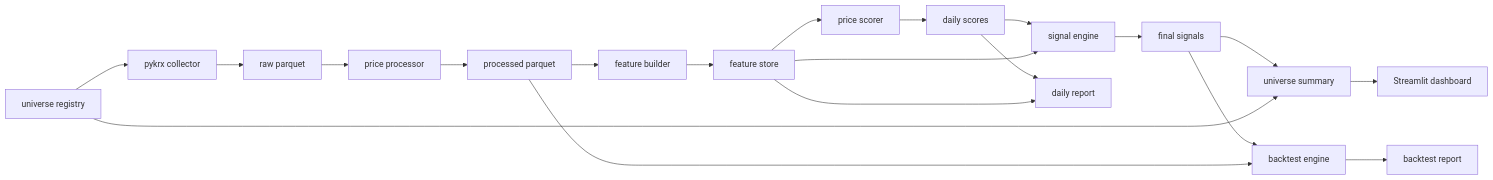
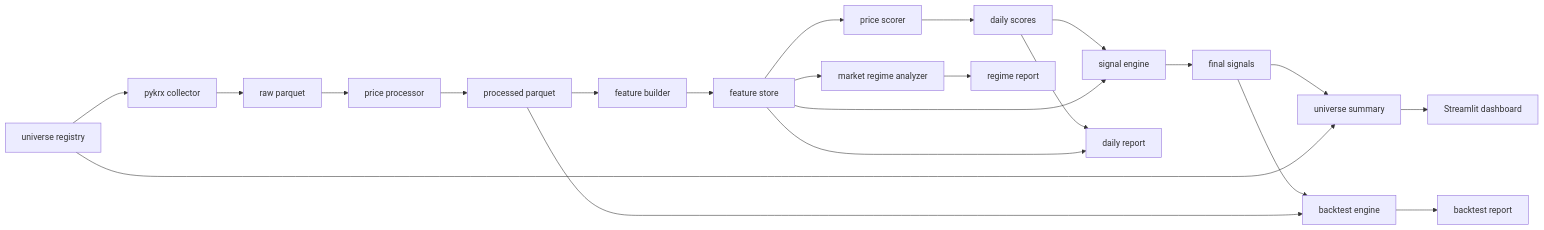
The diagram in README.md (pkb0728-lgtm/krx-alpha-platform), drawn with Mermaid before and after one commit. The commit also changed other lines of this file and 15 other files, not shown here.

Commit message:
Add market regime analysis

````diff
--- a/README.md
+++ b/README.md
@@ -55,22 +57,24 @@
 ```mermaid
 flowchart LR
     A["pykrx collector"] --> B["raw parquet"]
     B --> C["price processor"]
     C --> D["processed parquet"]
     D --> E["feature builder"]
     E --> F["feature store"]
+    F --> R["market regime analyzer"]
     F --> G["price scorer"]
     G --> H["daily scores"]
     H --> I["signal engine"]
     F --> I
     I --> J["final signals"]
     H --> K["daily report"]
     F --> K
     J --> L["universe summary"]
     L --> M["Streamlit dashboard"]
     J --> N["backtest engine"]
     D --> N
     N --> O["backtest report"]
     P["universe registry"] --> A
     P --> L
+    R --> Q["regime report"]
 ```
````
